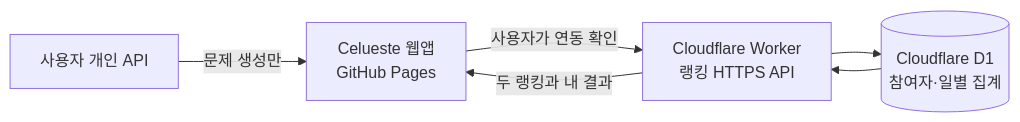
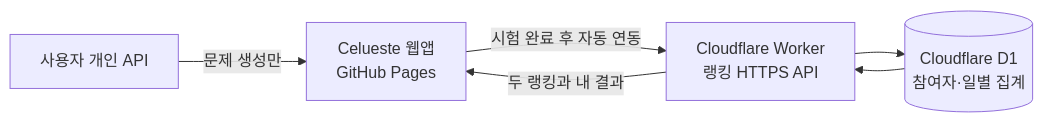
One commit to aiopenjh/Aiopen-question-bank changed the diagram in docs/ranking/RANKING_SERVER_OPTIONS.md. Above: the diagram before and after it, drawn with Mermaid. The commit also changed other lines of this file and 17 other files, not shown here.

````diff
--- a/docs/ranking/RANKING_SERVER_OPTIONS.md
+++ b/docs/ranking/RANKING_SERVER_OPTIONS.md
@@ -29,8 +29,8 @@
 ```mermaid
 flowchart LR
-    A[Celueste 웹앱<br/>GitHub Pages] -->|사용자가 연동 확인| B[Cloudflare Worker<br/>랭킹 HTTPS API]
+    A[Celueste 웹앱<br/>GitHub Pages] -->|시험 완료 후 자동 연동| B[Cloudflare Worker<br/>랭킹 HTTPS API]
     B --> C[(Cloudflare D1<br/>참여자·일별 집계)]
     C --> B
     B -->|두 랭킹과 내 결과| A
     D[사용자 개인 API] -->|문제 생성만| A
 ```
````
